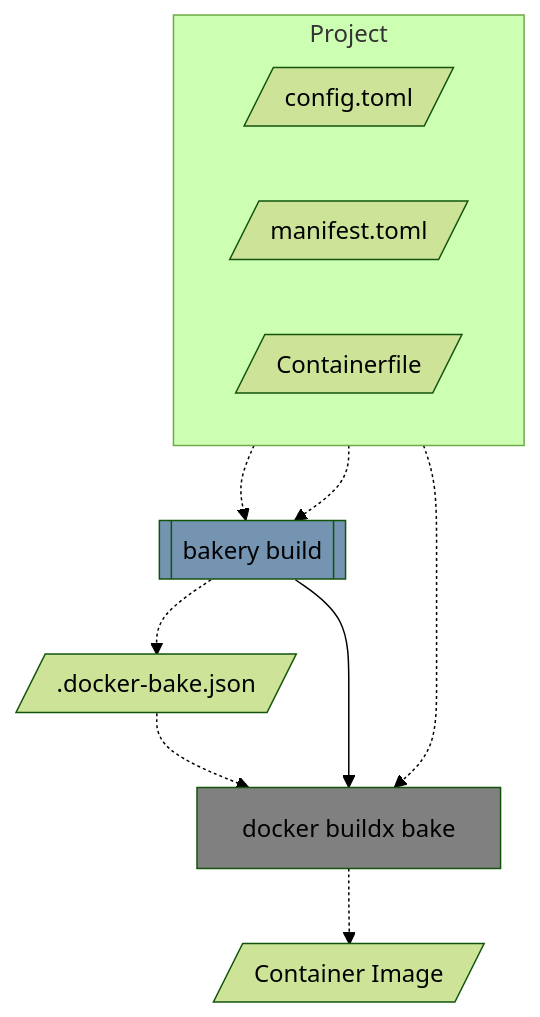
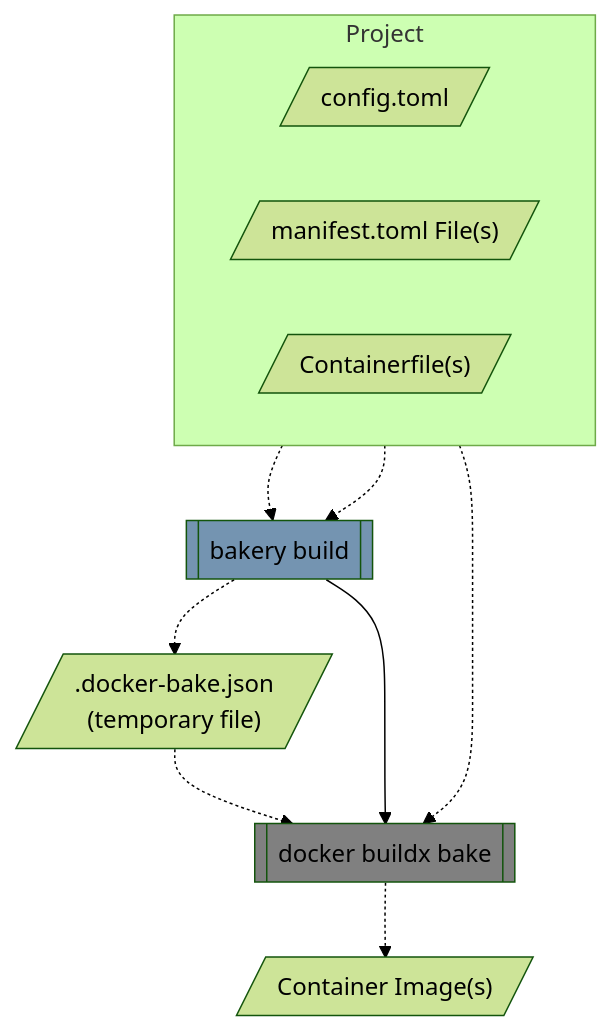
Before and after one commit to posit-dev/images-shared: the fourth of 7 diagrams in posit-bakery/ARCHITECTURE.md, drawn with Mermaid (forest theme). The commit also changed other lines of this file, not shown here.

Commit message:
Implement PR feedback to improve diagram readability

````diff
--- a/posit-bakery/ARCHITECTURE.md
+++ b/posit-bakery/ARCHITECTURE.md
@@ -127,28 +130,28 @@
 ```mermaid
 flowchart TD
 
     subgraph "Project"
         direction LR
 
-        config[/config.toml/]
-        manifest[/manifest.toml/]
-        containerfile[/Containerfile/]
+        config[/"config.toml"/]
+        manifest[/"manifest.toml File(s)"/]
+        containerfile[/"Containerfile(s)"/]
     end
 
     build[[bakery build]]
-    plan[/.docker-bake.json/]
-    bake[docker buildx bake]
-    image[/Container Image/]
+    plan[/".docker-bake.json<br/>(temporary file)"/]
+    bake[[docker buildx bake]]
+    image[/"Container Image(s)"/]
 
     config & manifest -.-> build -.-> plan
     plan & containerfile -.-> bake
     build --> bake -.-> image
 
     classDef tooling fill:#7494B1
     classDef external fill:grey
     classDef progress stroke-dasharray: 2 2
     classDef todo stroke-dasharray: 3 8
 
     class build tooling
     class bake external
 ```
````
